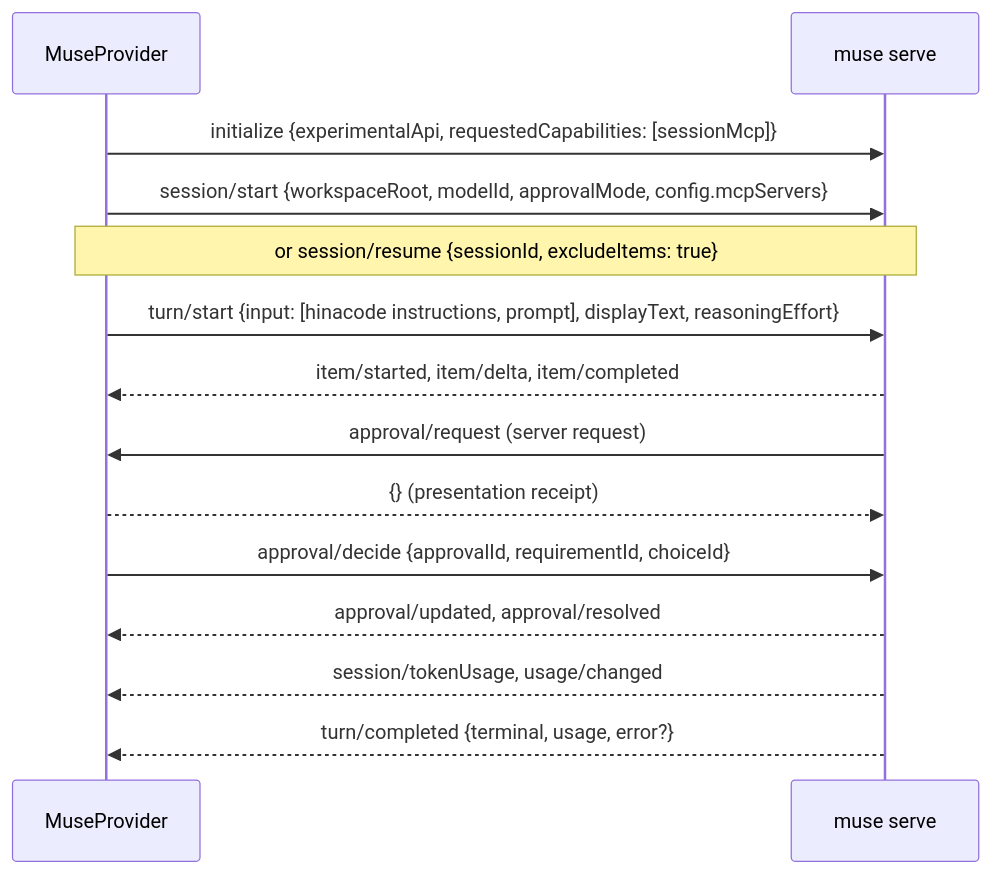
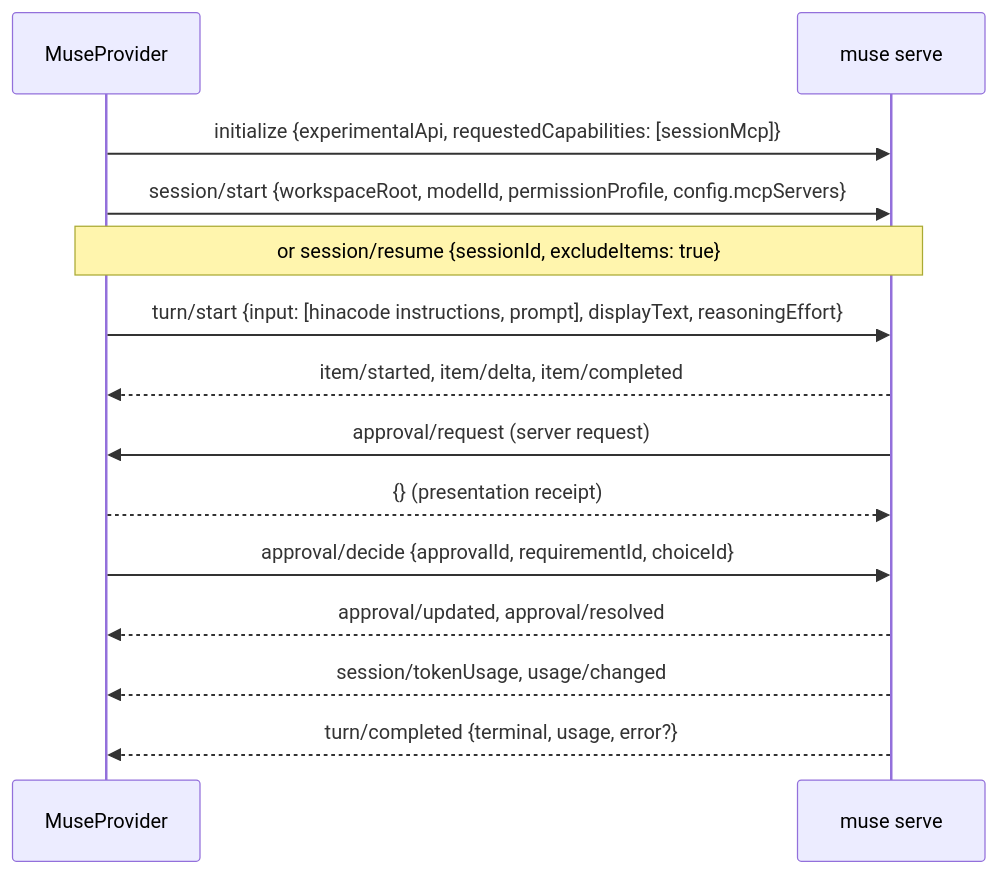
One commit to hinadev-ai/hinacode changed the second of 2 diagrams in docs/muse-integration-guide.md. Above: the diagram before and after it, drawn with Mermaid. The commit also changed other lines of this file and 12 other files, not shown here.

````diff
--- a/docs/muse-integration-guide.md
+++ b/docs/muse-integration-guide.md
@@ -46,16 +46,16 @@
 ```mermaid
 sequenceDiagram
   participant P as MuseProvider
   participant H as muse serve
   P->>H: initialize {experimentalApi, requestedCapabilities: [sessionMcp]}
-  P->>H: session/start {workspaceRoot, modelId, approvalMode, config.mcpServers}
+  P->>H: session/start {workspaceRoot, modelId, permissionProfile, config.mcpServers}
   Note over P,H: or session/resume {sessionId, excludeItems: true}
   P->>H: turn/start {input: [hinacode instructions, prompt], displayText, reasoningEffort}
   H-->>P: item/started, item/delta, item/completed
   H->>P: approval/request (server request)
   P-->>H: {} (presentation receipt)
   P->>H: approval/decide {approvalId, requirementId, choiceId}
   H-->>P: approval/updated, approval/resolved
   H-->>P: session/tokenUsage, usage/changed
   H-->>P: turn/completed {terminal, usage, error?}
 ```
````
